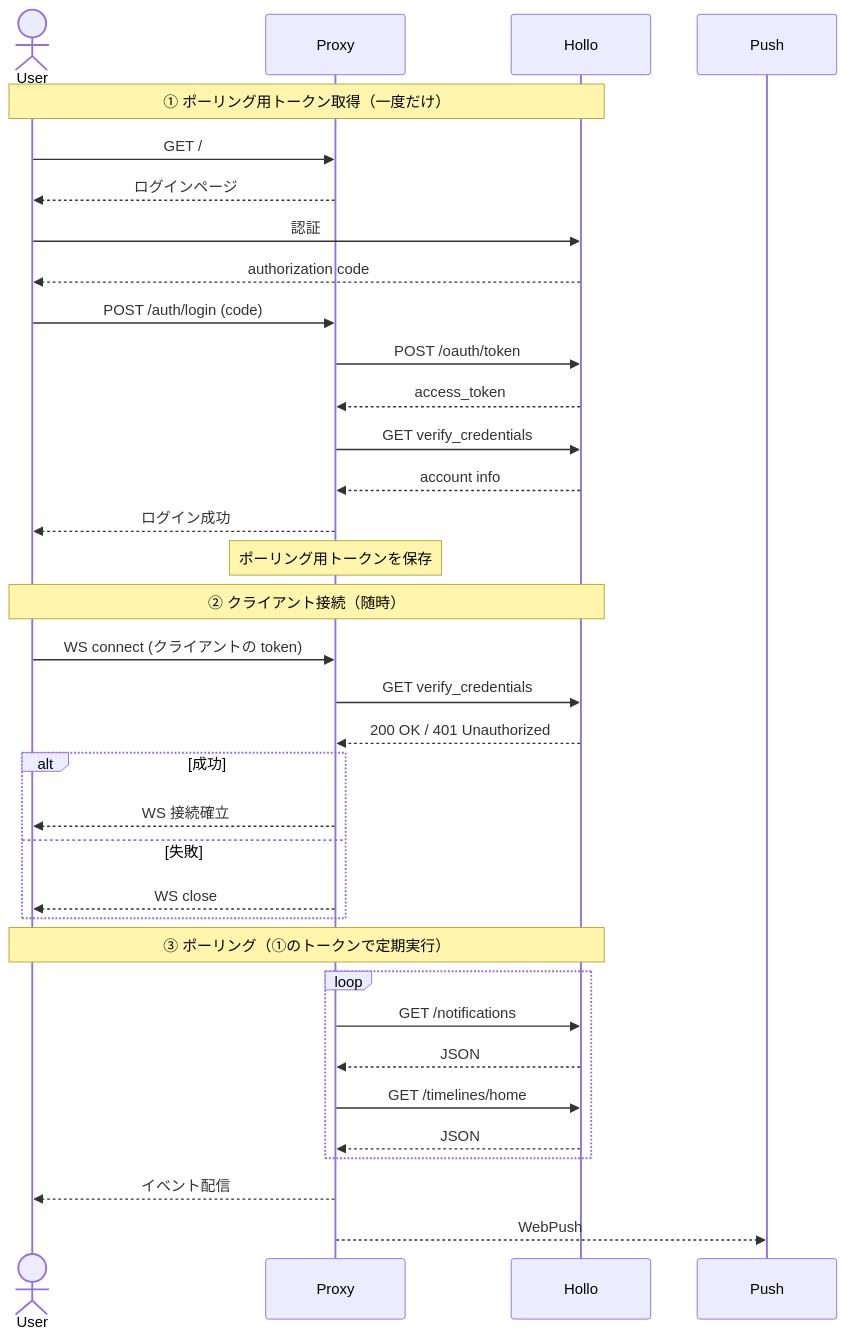
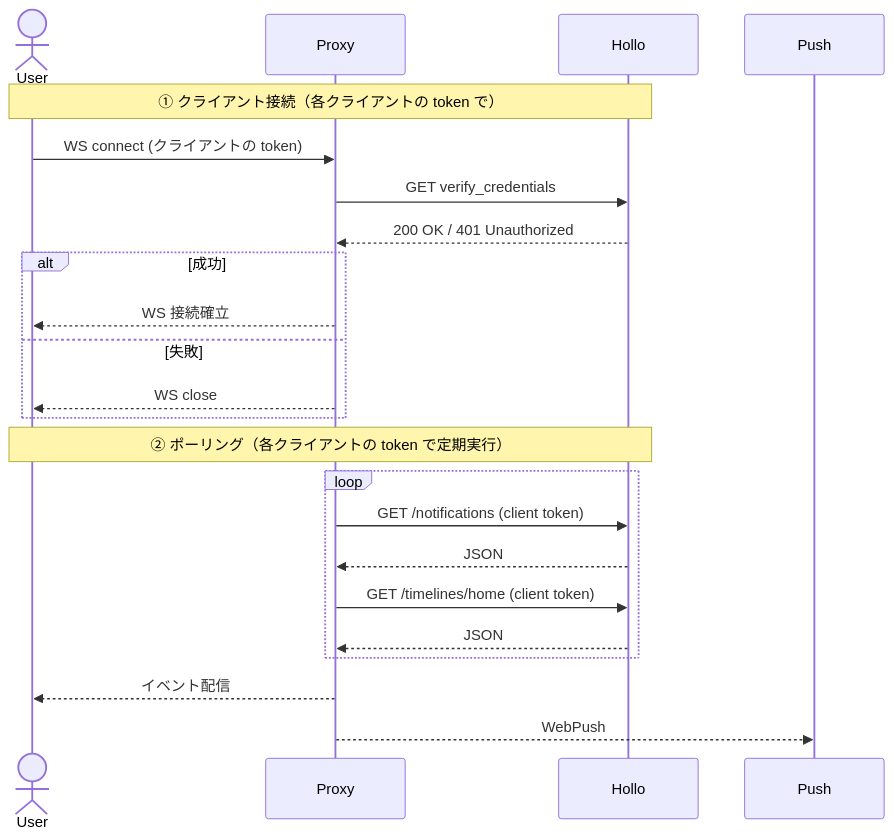
The diagram in README.md (ntsklab/hollo-stream-proxy), drawn with Mermaid before and after one commit. The commit also changed other lines of this file and 3 other files, not shown here.

````diff
--- a/README.md
+++ b/README.md
@@ -130,39 +122,26 @@
 ```mermaid
 sequenceDiagram
     actor User
     participant Proxy
     participant Hollo
 
-    Note over User,Hollo: ① ポーリング用トークン取得（一度だけ）
-    User->>Proxy: GET /
-    Proxy-->>User: ログインページ
-    User->>Hollo: 認証
-    Hollo-->>User: authorization code
-    User->>Proxy: POST /auth/login (code)
-    Proxy->>Hollo: POST /oauth/token
-    Hollo-->>Proxy: access_token
-    Proxy->>Hollo: GET verify_credentials
-    Hollo-->>Proxy: account info
-    Proxy-->>User: ログイン成功
-    Note over Proxy: ポーリング用トークンを保存
-
-    Note over User,Hollo: ② クライアント接続（随時）
+    Note over User,Hollo: ① クライアント接続（各クライアントの token で）
     User->>Proxy: WS connect (クライアントの token)
     Proxy->>Hollo: GET verify_credentials
     Hollo-->>Proxy: 200 OK / 401 Unauthorized
     alt 成功
         Proxy-->>User: WS 接続確立
     else 失敗
         Proxy-->>User: WS close
     end
 
-    Note over User,Hollo: ③ ポーリング（①のトークンで定期実行）
+    Note over User,Hollo: ② ポーリング（各クライアントの token で定期実行）
     loop
-        Proxy->>Hollo: GET /notifications
+        Proxy->>Hollo: GET /notifications (client token)
         Hollo-->>Proxy: JSON
-        Proxy->>Hollo: GET /timelines/home
+        Proxy->>Hollo: GET /timelines/home (client token)
         Hollo-->>Proxy: JSON
     end
     Proxy-->>User: イベント配信
     Proxy-->>Push: WebPush
 ```
````
